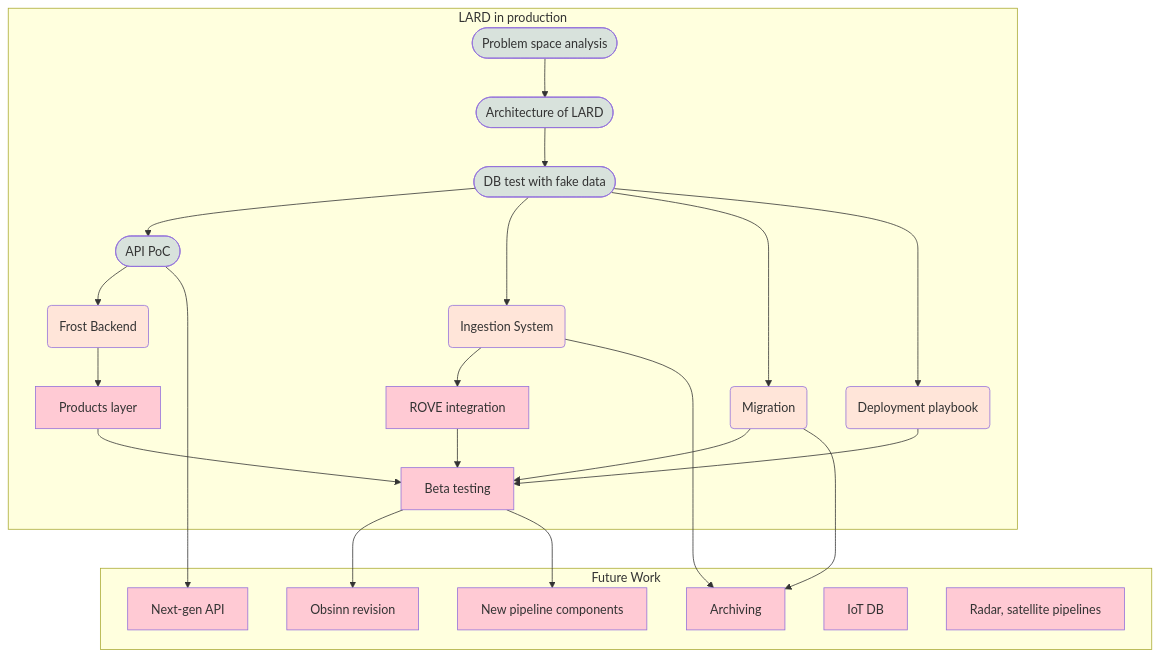
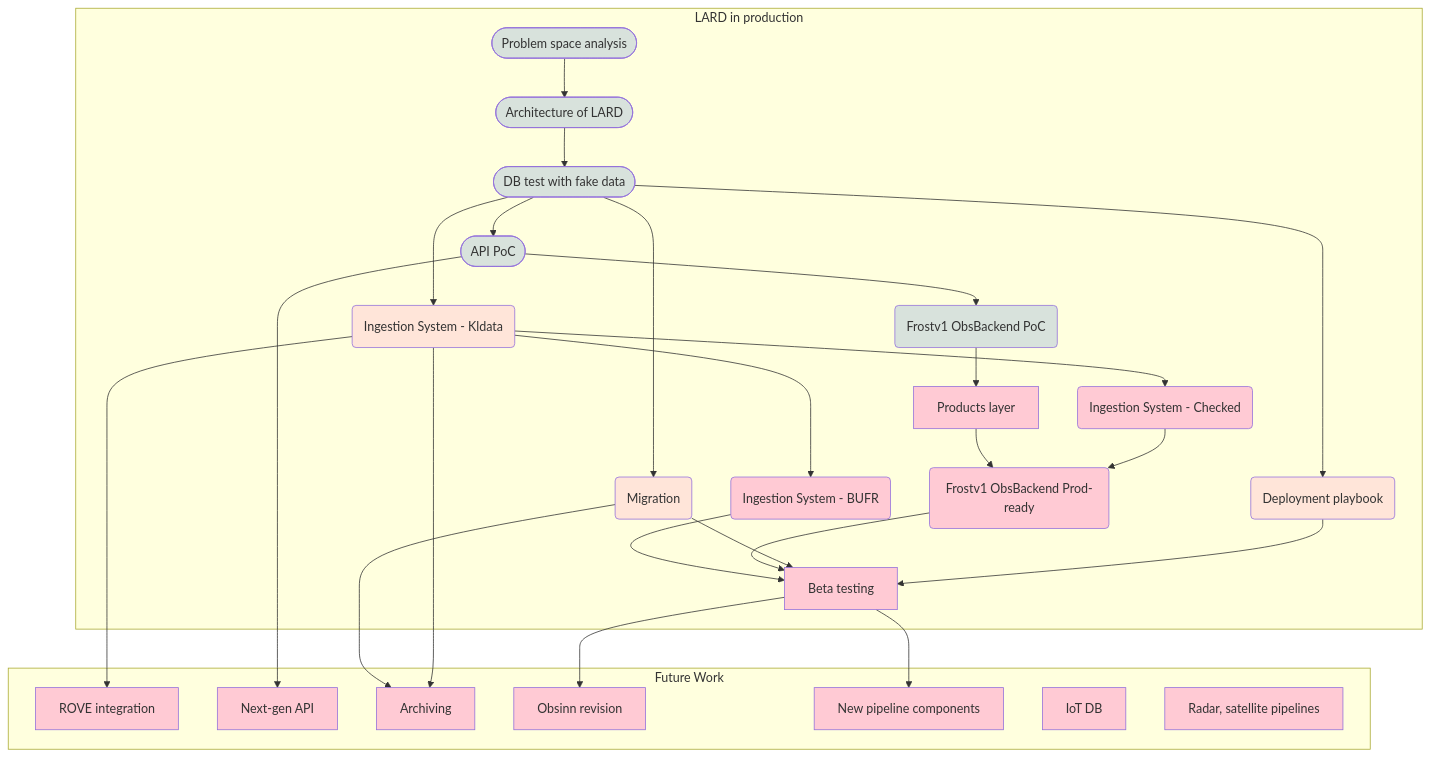
Before and after one commit to metno/lard: the diagram in README.md, drawn with Mermaid.

Commit message:
update README.md to reflect prioritisation of oda deprecation

````diff
--- a/README.md
+++ b/README.md
@@ -3,41 +3,46 @@
 ```mermaid
 flowchart TD
     subgraph lard[LARD in production]
         psa([Problem space analysis]):::done
         arc([Architecture of LARD]):::done
         test([DB test with fake data]):::done
         poc([API PoC]):::done
+        frostb1(Frostv1 ObsBackend PoC):::done
 
-        frostb(Frost Backend):::wip
-        ingest(Ingestion System):::wip
+        ingestkldata(Ingestion System - Kldata):::wip
         migrate(Migration):::wip
         depl(Deployment playbook):::wip
 
+        ingestbufr(Ingestion System - BUFR):::backlog
+        ingestchecked(Ingestion System - Checked):::backlog
         products[Products layer]:::backlog
-        rove[ROVE integration]:::backlog
+        frostb2(Frostv1 ObsBackend Prod-ready):::backlog
         beta[Beta testing]:::backlog
 
         psa --> arc
         arc --> test
-        test --> poc & ingest & migrate & depl
-        poc --> frostb
-        frostb --> products
-        ingest --> rove
-        products & rove & migrate & depl --> beta
+        test --> poc & ingestkldata & migrate & depl
+        poc --> frostb1
+        frostb1 --> products
+        ingestkldata --> ingestbufr & ingestchecked
+        products & ingestchecked --> frostb2
+        ingestbufr & frostb2 & migrate & depl --> beta
     end
     subgraph "Future Work"
+        rove[ROVE integration]:::backlog
         next[Next-gen API]:::backlog
         archive[Archiving]:::backlog
         obsinn[Obsinn revision]:::backlog
         pipe[New pipeline components]:::backlog
         iot[IoT DB]:::backlog
         radsat[Radar, satellite pipelines]:::backlog
     end
     poc --> next
-    migrate & ingest --> archive
+    migrate & ingestkldata --> archive
     beta --> obsinn & pipe
+    ingestkldata --> rove
 
     classDef done fill:#d8e2dc
     classDef wip fill:#ffe5d9
     classDef backlog fill:#ffcad4
 ```
````
